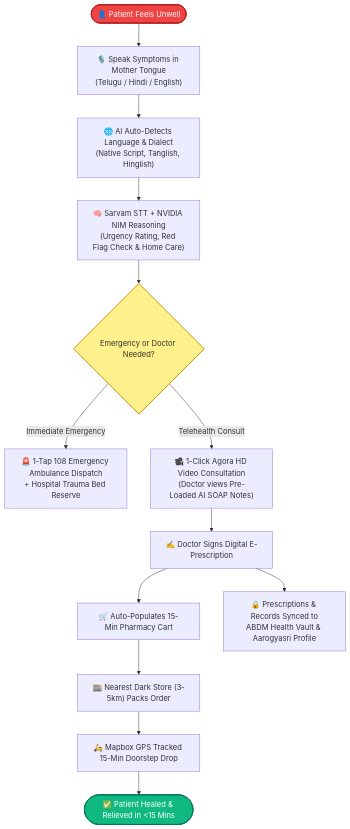
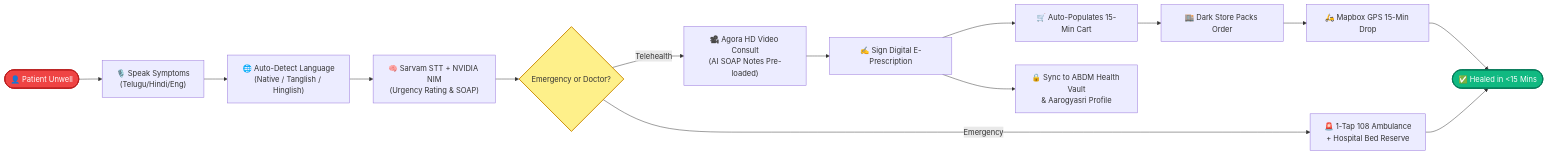
Before and after one commit to pavanstarkin-tech/healthyxpress_medha: the fourth of 11 diagrams in README.md, drawn with Mermaid. The commit also changed other lines of this file, not shown here.

Commit message:
Docs: Convert all flowcharts and state diagrams to horizontal (LR) orientation to prevent vertical window overflow

````diff
--- a/README.md
+++ b/README.md
@@ -240,23 +243,24 @@
 ```mermaid
-flowchart TD
-    Start([👤 Patient Feels Unwell]) --> VoiceIntake["🎙️ Speak Symptoms in Mother Tongue<br/>(Telugu / Hindi / English)"]
-    VoiceIntake --> AutoDetect["🌐 AI Auto-Detects Language & Dialect<br/>(Native Script, Tanglish, Hinglish)"]
-    AutoDetect --> AITriage["🧠 Sarvam STT + NVIDIA NIM Reasoning<br/>(Urgency Rating, Red Flag Check & Home Care)"]
-    AITriage --> Decision{Emergency or Doctor Needed?}
+flowchart LR
+    Start([👤 Patient Unwell]) --> VoiceIntake["🎙️ Speak Symptoms<br/>(Telugu/Hindi/Eng)"]
+    VoiceIntake --> AutoDetect["🌐 Auto-Detect Language<br/>(Native / Tanglish / Hinglish)"]
+    AutoDetect --> AITriage["🧠 Sarvam STT + NVIDIA NIM<br/>(Urgency Rating & SOAP)"]
+    AITriage --> Decision{Emergency or Doctor?}
     
-    Decision -- Immediate Emergency --> SOS["🚨 1-Tap 108 Emergency Ambulance Dispatch<br/>+ Hospital Trauma Bed Reserve"]
-    Decision -- Telehealth Consult --> VideoDoc["🎥 1-Click Agora HD Video Consultation<br/>(Doctor views Pre-Loaded AI SOAP Notes)"]
+    Decision -- Emergency --> SOS["🚨 1-Tap 108 Ambulance<br/>+ Hospital Bed Reserve"]
+    Decision -- Telehealth --> VideoDoc["🎥 Agora HD Video Consult<br/>(AI SOAP Notes Pre-loaded)"]
     
-    VideoDoc --> DigitalRx["✍️ Doctor Signs Digital E-Prescription"]
-    DigitalRx --> AutoCart["🛒 Auto-Populates 15-Min Pharmacy Cart"]
+    VideoDoc --> DigitalRx["✍️ Sign Digital E-Prescription"]
+    DigitalRx --> AutoCart["🛒 Auto-Populates 15-Min Cart"]
     
-    AutoCart --> DarkStore["🏬 Nearest Dark Store (3-5km) Packs Order"]
-    DarkStore --> Dispatch["🛵 Mapbox GPS Tracked 15-Min Doorstep Drop"]
+    AutoCart --> DarkStore["🏬 Dark Store Packs Order"]
+    DarkStore --> Dispatch["🛵 Mapbox GPS 15-Min Drop"]
     
-    DigitalRx --> ABDMVault["🔒 Prescriptions & Records Synced to<br/>ABDM Health Vault & Aarogyasri Profile"]
-    Dispatch --> Delivered([✅ Patient Healed & Relieved in <15 Mins])
+    DigitalRx --> ABDMVault["🔒 Sync to ABDM Health Vault<br/>& Aarogyasri Profile"]
+    Dispatch --> Delivered([✅ Healed in <15 Mins])
+    SOS --> Delivered
 
     style Start fill:#EF4444,color:#FFFFFF,stroke:#B91C1C,stroke-width:2px
     style Delivered fill:#10B981,color:#FFFFFF,stroke:#047857,stroke-width:2px
     style Decision fill:#FEF08A,stroke:#CA8A04,stroke-width:2px
 ```
````
